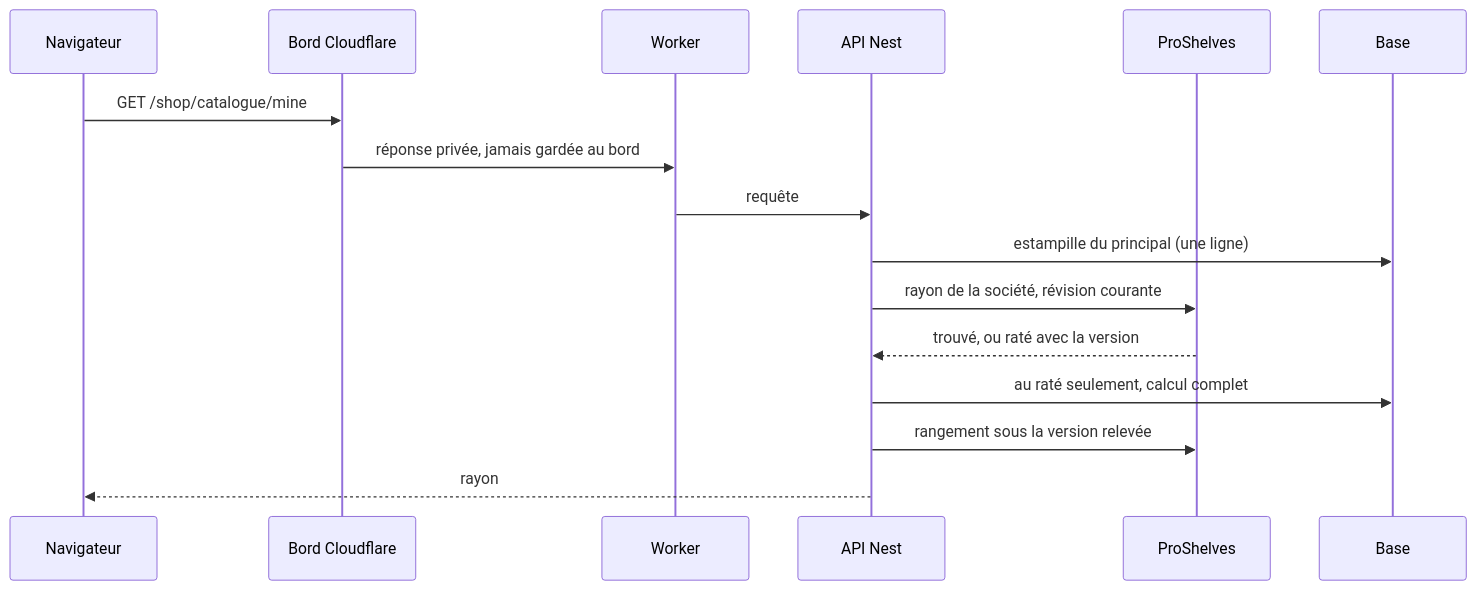
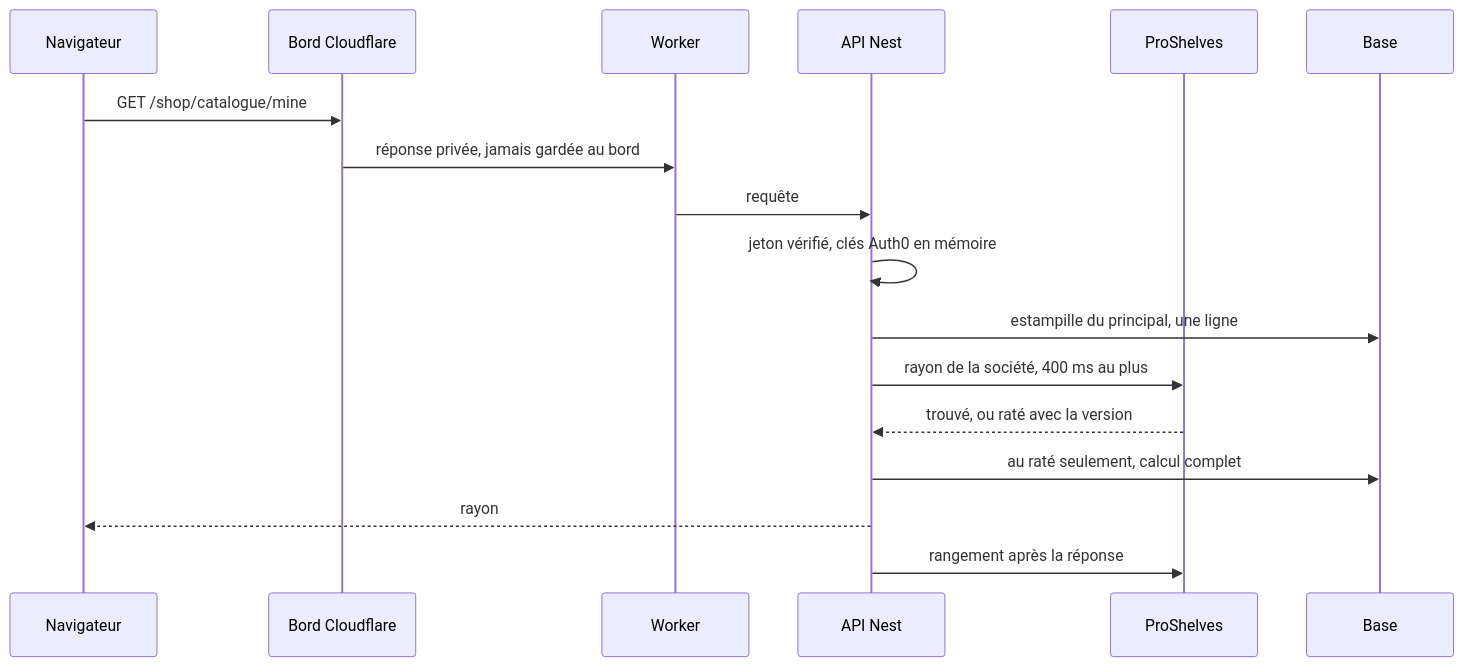
One commit to hugoheynard/lfd changed the second of 2 diagrams in documentation/caching-usage/carte-des-caches.md. Above: the diagram before and after it, drawn with Mermaid. The commit also changed other lines of this file and 96 other files, not shown here.

````diff
--- a/documentation/caching-usage/carte-des-caches.md
+++ b/documentation/caching-usage/carte-des-caches.md
@@ -33,18 +77,19 @@
 ```mermaid
 sequenceDiagram
   participant N as Navigateur
   participant E as Bord Cloudflare
   participant W as Worker
   participant A as API Nest
   participant P as ProShelves
   participant B as Base
   N->>E: GET /shop/catalogue/mine
   E->>W: réponse privée, jamais gardée au bord
   W->>A: requête
-  A->>B: estampille du principal (une ligne)
-  A->>P: rayon de la société, révision courante
+  A->>A: jeton vérifié, clés Auth0 en mémoire
+  A->>B: estampille du principal, une ligne
+  A->>P: rayon de la société, 400 ms au plus
   P-->>A: trouvé, ou raté avec la version
   A->>B: au raté seulement, calcul complet
-  A->>P: rangement sous la version relevée
   A-->>N: rayon
+  A->>P: rangement après la réponse
 ```
````
